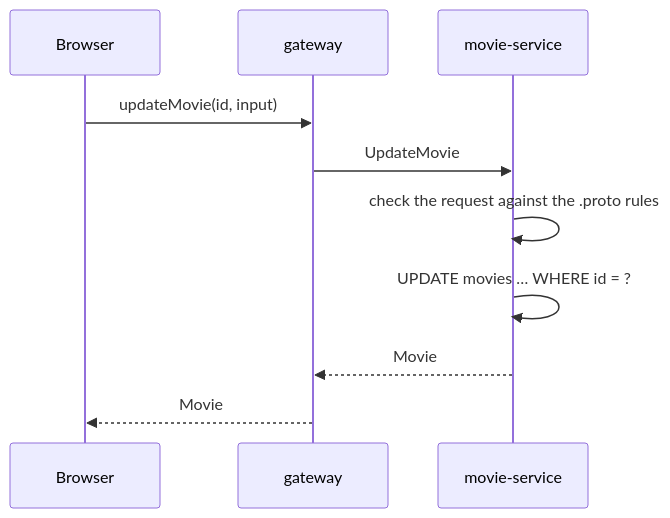
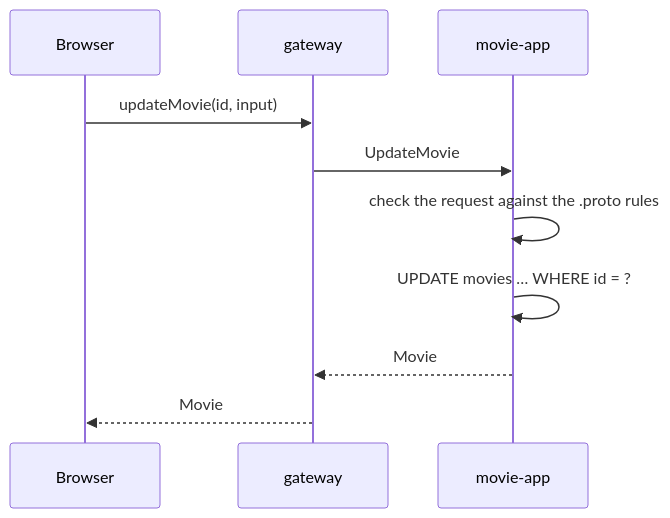
One commit to dancepop/svelte-kotlin-try changed the third of 6 diagrams in docs/backend-design.md. Above: the diagram before and after it, drawn with Mermaid. The commit also changed other lines of this file and 125 other files, not shown here.

````diff
--- a/docs/backend-design.md
+++ b/docs/backend-design.md
@@ -141,12 +141,12 @@
 ```mermaid
 sequenceDiagram
   participant B as Browser
   participant G as gateway
-  participant V as movie-service
+  participant V as movie-app
   B->>G: updateMovie(id, input)
   G->>V: UpdateMovie
   V->>V: check the request against the .proto rules
   V->>V: UPDATE movies … WHERE id = ?
   V-->>G: Movie
   G-->>B: Movie
 ```
````
